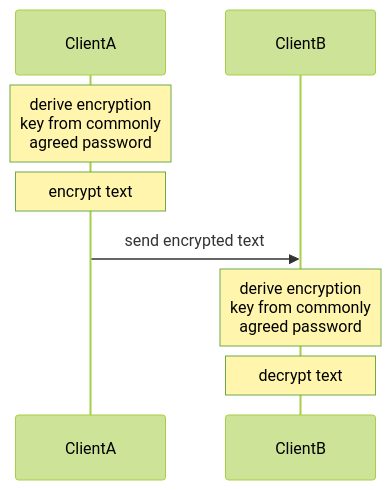
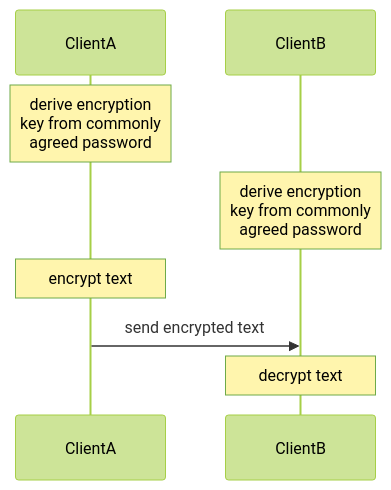
Before and after one commit to GuillaumeBouchetEpitech/wasm-cryptopp-as-module: the fourth of 6 diagrams in README.md, drawn with Mermaid (forest theme). The commit also changed other lines of this file and 3 other files, not shown here.

````diff
--- a/README.md
+++ b/README.md
@@ -140,9 +170,9 @@
 ```mermaid
 sequenceDiagram
 
     Note over ClientA: derive encryption<br>key from commonly<br>agreed password
+    Note over ClientB: derive encryption<br>key from commonly<br>agreed password
     Note over ClientA: encrypt text
     ClientA->>ClientB: send encrypted text
-    Note over ClientB: derive encryption<br>key from commonly<br>agreed password
     Note over ClientB: decrypt text
 ```
````
